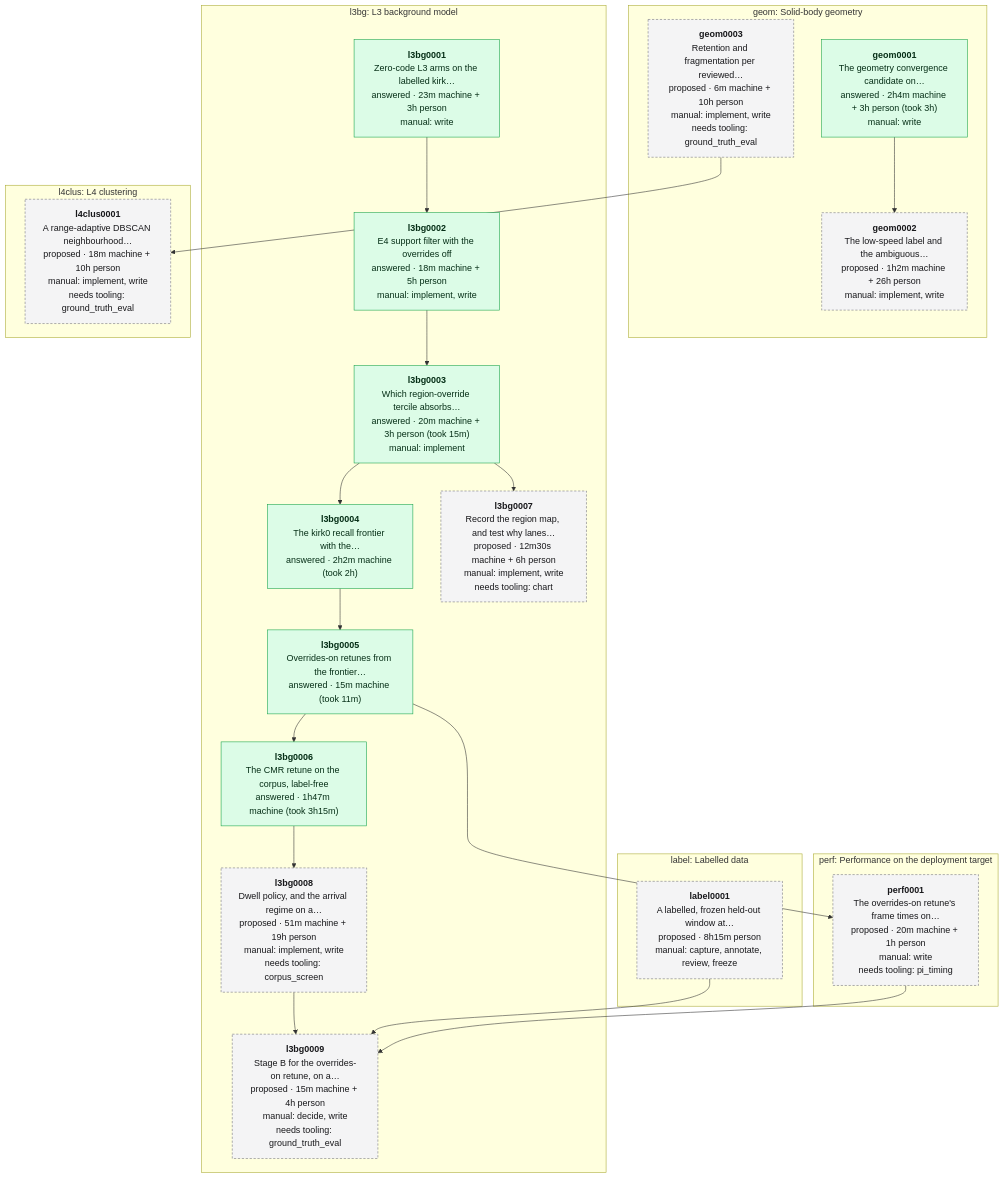
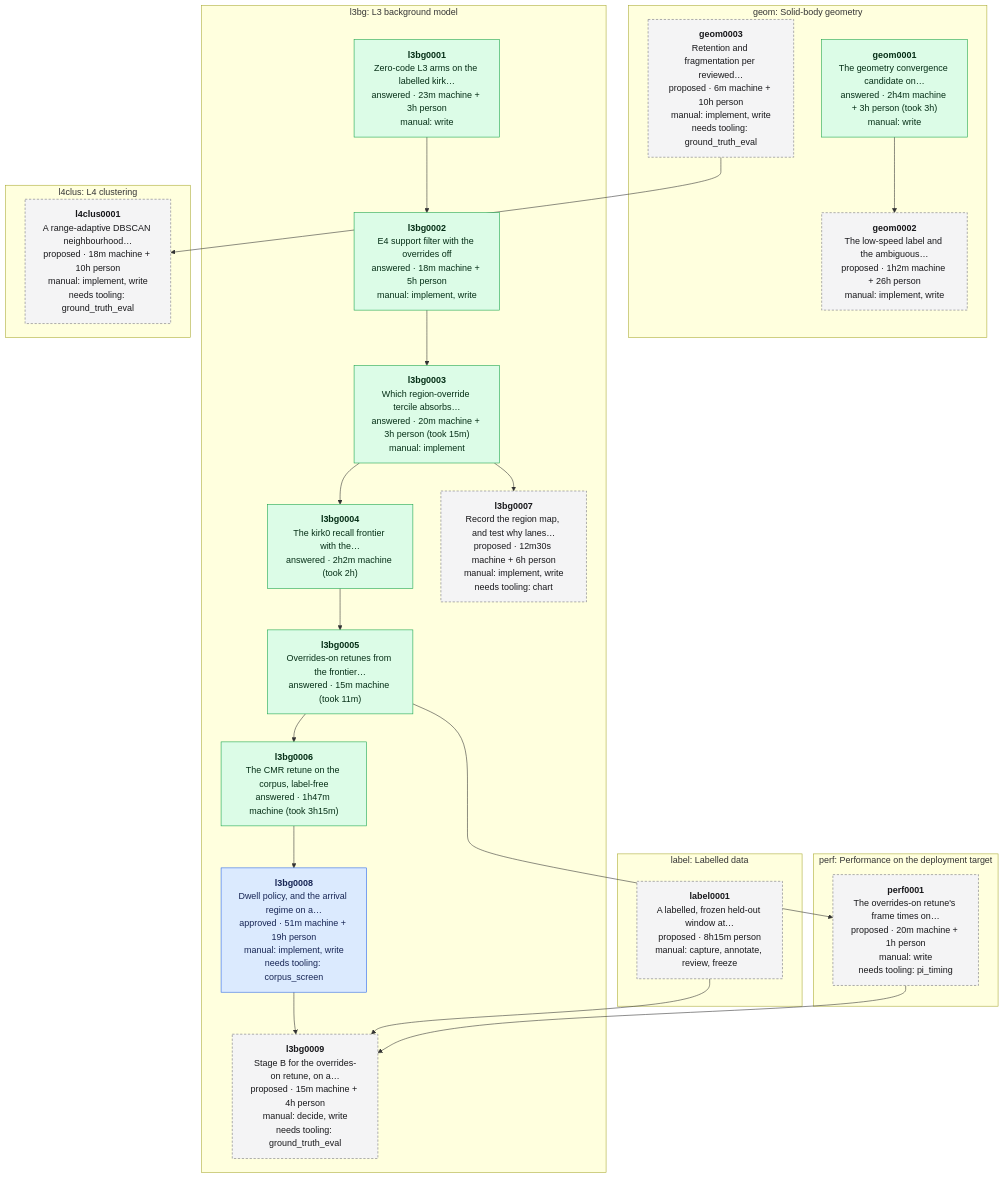
The diagram in data/experiments/DEPENDENCIES.md (banshee-data/velocity.report), drawn with Mermaid before and after one commit. The commit also changed other lines of this file and 1 other file, not shown here.

Commit message:
[ai][docs] Approve l3bg0008 for the overnight run and name its site

````diff
--- a/data/experiments/DEPENDENCIES.md
+++ b/data/experiments/DEPENDENCIES.md
@@ -7,45 +7,45 @@
 ```mermaid
 flowchart TB
   classDef proposed fill:#f4f4f5,stroke:#71717a,stroke-dasharray:4 3,color:#18181b
   classDef approved fill:#dbeafe,stroke:#2563eb,color:#172554
   classDef answered fill:#dcfce7,stroke:#16a34a,color:#052e16
   classDef retired fill:#fafafa,stroke:#d4d4d8,color:#71717a
   subgraph area_geom ["geom: Solid-body geometry"]
     geom0001["<b>geom0001</b><br/>The geometry convergence candidate on…<br/>answered · 2h4m machine + 3h person (took 3h)<br/>manual: write"]:::answered
     geom0002["<b>geom0002</b><br/>The low-speed label and the ambiguous…<br/>proposed · 1h2m machine + 26h person<br/>manual: implement, write"]:::proposed
     geom0003["<b>geom0003</b><br/>Retention and fragmentation per reviewed…<br/>proposed · 6m machine + 10h person<br/>manual: implement, write<br/>needs tooling: ground_truth_eval"]:::proposed
   end
   subgraph area_l3bg ["l3bg: L3 background model"]
     l3bg0001["<b>l3bg0001</b><br/>Zero-code L3 arms on the labelled kirk…<br/>answered · 23m machine + 3h person<br/>manual: write"]:::answered
     l3bg0002["<b>l3bg0002</b><br/>E4 support filter with the overrides off<br/>answered · 18m machine + 5h person<br/>manual: implement, write"]:::answered
     l3bg0003["<b>l3bg0003</b><br/>Which region-override tercile absorbs…<br/>answered · 20m machine + 3h person (took 15m)<br/>manual: implement"]:::answered
     l3bg0004["<b>l3bg0004</b><br/>The kirk0 recall frontier with the…<br/>answered · 2h2m machine (took 2h)"]:::answered
     l3bg0005["<b>l3bg0005</b><br/>Overrides-on retunes from the frontier…<br/>answered · 15m machine (took 11m)"]:::answered
     l3bg0006["<b>l3bg0006</b><br/>The CMR retune on the corpus, label-free<br/>answered · 1h47m machine (took 3h15m)"]:::answered
     l3bg0007["<b>l3bg0007</b><br/>Record the region map, and test why lanes…<br/>proposed · 12m30s machine + 6h person<br/>manual: implement, write<br/>needs tooling: chart"]:::proposed
-    l3bg0008["<b>l3bg0008</b><br/>Dwell policy, and the arrival regime on a…<br/>proposed · 51m machine + 19h person<br/>manual: implement, write<br/>needs tooling: corpus_screen"]:::proposed
+    l3bg0008["<b>l3bg0008</b><br/>Dwell policy, and the arrival regime on a…<br/>approved · 51m machine + 19h person<br/>manual: implement, write<br/>needs tooling: corpus_screen"]:::approved
     l3bg0009["<b>l3bg0009</b><br/>Stage B for the overrides-on retune, on a…<br/>proposed · 15m machine + 4h person<br/>manual: decide, write<br/>needs tooling: ground_truth_eval"]:::proposed
   end
   subgraph area_l4clus ["l4clus: L4 clustering"]
     l4clus0001["<b>l4clus0001</b><br/>A range-adaptive DBSCAN neighbourhood…<br/>proposed · 18m machine + 10h person<br/>manual: implement, write<br/>needs tooling: ground_truth_eval"]:::proposed
   end
   subgraph area_label ["label: Labelled data"]
     label0001["<b>label0001</b><br/>A labelled, frozen held-out window at…<br/>proposed · 8h15m person<br/>manual: capture, annotate, review, freeze"]:::proposed
   end
   subgraph area_perf ["perf: Performance on the deployment target"]
     perf0001["<b>perf0001</b><br/>The overrides-on retune's frame times on…<br/>proposed · 20m machine + 1h person<br/>manual: write<br/>needs tooling: pi_timing"]:::proposed
   end
   geom0001 --> geom0002
   l3bg0001 --> l3bg0002
   l3bg0002 --> l3bg0003
   l3bg0003 --> l3bg0004
   l3bg0004 --> l3bg0005
   l3bg0005 --> l3bg0006
   l3bg0003 --> l3bg0007
   l3bg0006 --> l3bg0008
   l3bg0008 --> l3bg0009
   label0001 --> l3bg0009
   perf0001 --> l3bg0009
   geom0003 --> l4clus0001
   l3bg0005 --> perf0001
 ```
````
